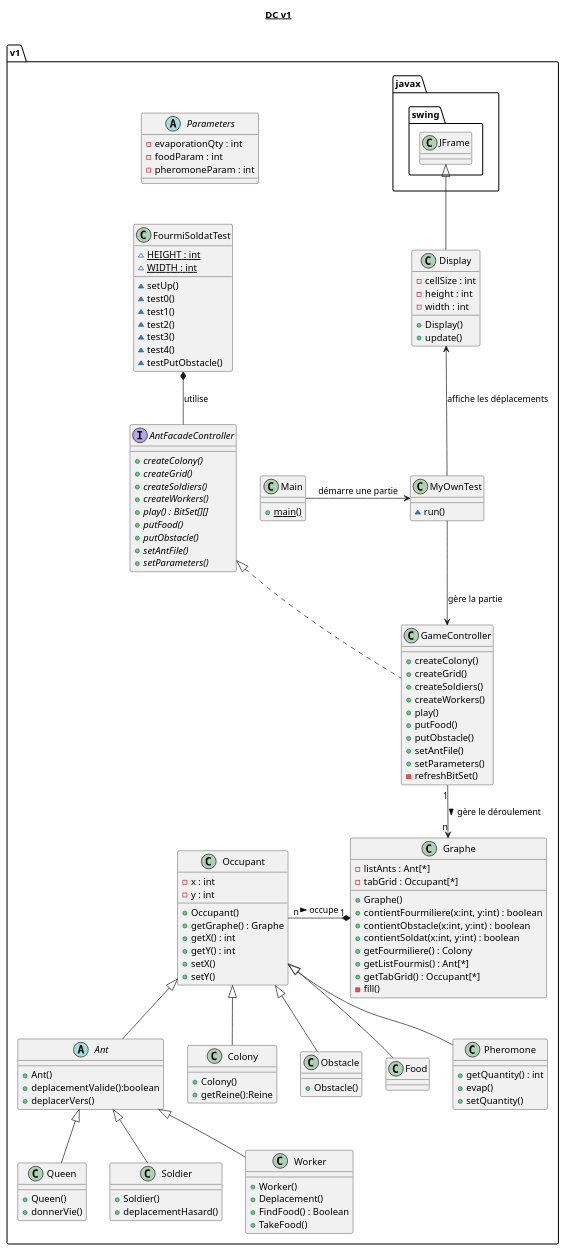
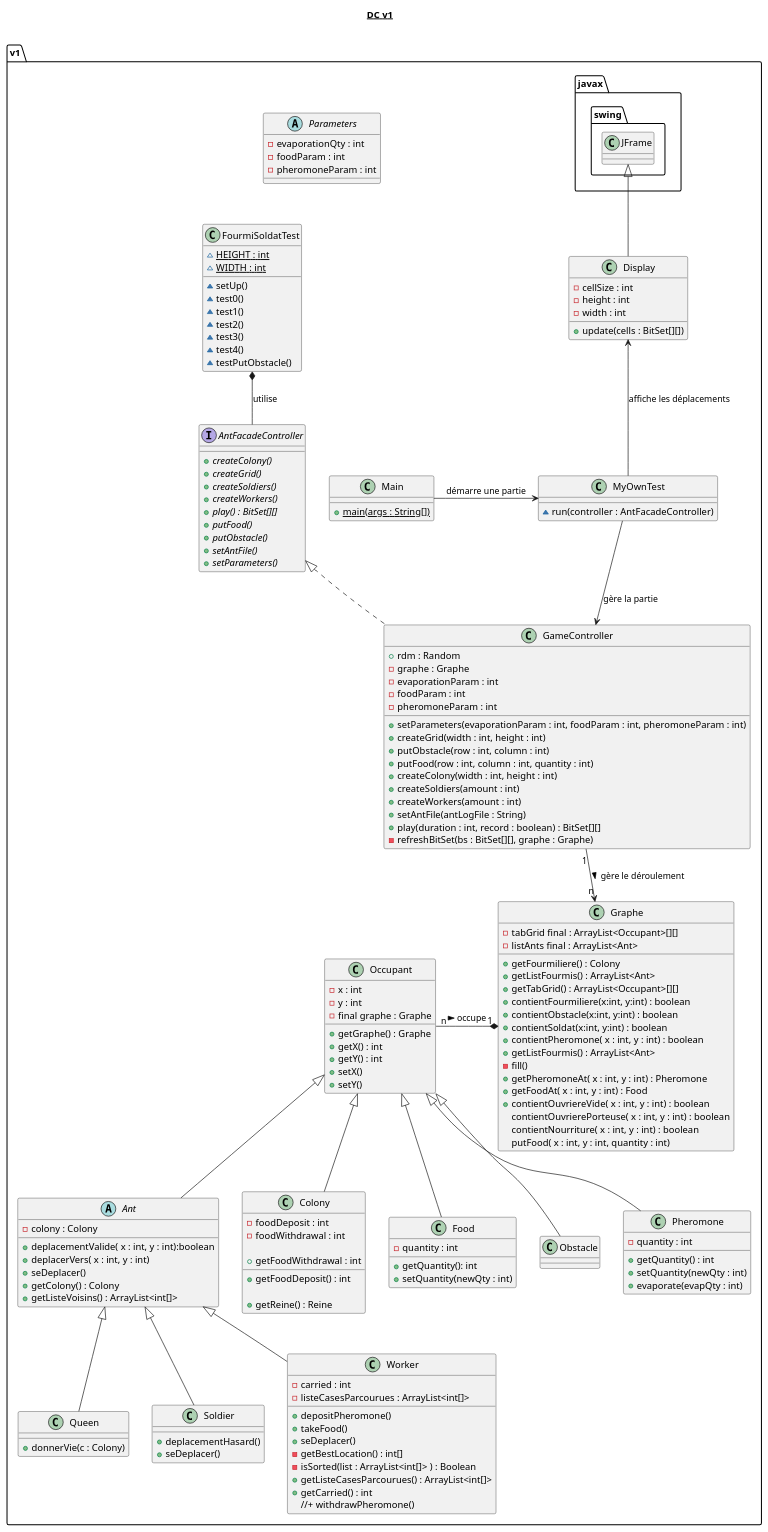
One commit to BaptisteWetterwald/dut-fourmis changed the diagram in src/main/uml/DC_V2.puml. Above: the diagram before and after it, drawn with PlantUML.

```diff
--- a/src/main/uml/DC_V2.puml
+++ b/src/main/uml/DC_V2.puml
@@ -1,156 +1,193 @@
 @startuml
 
 title __DC v1__\n
 
 namespace v1 {
 
     abstract class Ant extends Occupant
     {
-        + Ant()
-        + deplacementValide():boolean
-        + deplacerVers()
+        - colony : Colony
+
+        + deplacementValide( x : int, y : int):boolean
+        + deplacerVers( x : int, y : int)
+        + seDeplacer()
+        + getColony() : Colony
+        + getListeVoisins() : ArrayList<int[]>
+
     }
 
     interface AntFacadeController
     {
         {abstract} + createColony()
         {abstract} + createGrid()
         {abstract} + createSoldiers()
         {abstract} + createWorkers()
         {abstract} + play() : BitSet[][]
         {abstract} + putFood()
         {abstract} + putObstacle()
         {abstract} + setAntFile()
         {abstract} + setParameters()
     }
 
     class Colony extends Occupant
     {
-        + Colony()
-        + getReine():Reine
+        - foodDeposit : int
+        - foodWithdrawal : int
+
+        + getFoodWithdrawal : int
+        + getFoodDeposit() : int
+
+        + getReine() : Reine
     }
 
 
     class Display extends javax.swing.JFrame
     {
         - cellSize : int
         - height : int
         - width : int
-        + Display()
-        + update()
+
+        + update(cells : BitSet[][])
+    }
+
+    class Food extends Occupant
+    {
+        - quantity : int
+
+        + getQuantity(): int
+        + setQuantity(newQty : int)
     }
 
     class FourmiSoldatTest
     {
         {static} ~ HEIGHT : int
         {static} ~ WIDTH : int
         ~ setUp()
         ~ test0()
         ~ test1()
         ~ test2()
         ~ test3()
         ~ test4()
         ~ testPutObstacle()
     }
 
     class GameController implements AntFacadeController
     {
-        + createColony()
-        + createGrid()
-        + createSoldiers()
-        + createWorkers()
-        + play()
-        + putFood()
-        + putObstacle()
-        + setAntFile()
-        + setParameters()
-        - refreshBitSet()
+        + rdm : Random
+        - graphe : Graphe
+        - evaporationParam : int
+        - foodParam : int
+        - pheromoneParam : int
+
+        + setParameters(evaporationParam : int, foodParam : int, pheromoneParam : int)
+        + createGrid(width : int, height : int)
+        + putObstacle(row : int, column : int)
+        + putFood(row : int, column : int, quantity : int)
+        + createColony(width : int, height : int)
+        + createSoldiers(amount : int)
+        + createWorkers(amount : int)
+        + setAntFile(antLogFile : String)
+        + play(duration : int, record : boolean) : BitSet[][]
+        - refreshBitSet(bs : BitSet[][], graphe : Graphe)
     }
 
     class Graphe
     {
-        - listAnts : Ant[*]
-        - tabGrid : Occupant[*]
-        + Graphe()
+        - tabGrid final : ArrayList<Occupant>[][]
+        - listAnts final : ArrayList<Ant>
+
+        + getFourmiliere() : Colony
+        + getListFourmis() : ArrayList<Ant>
+        + getTabGrid() : ArrayList<Occupant>[][]
         + contientFourmiliere(x:int, y:int) : boolean
         + contientObstacle(x:int, y:int) : boolean
         + contientSoldat(x:int, y:int) : boolean
-        + getFourmiliere() : Colony
-        + getListFourmis() : Ant[*]
-        + getTabGrid() : Occupant[*]
+        + contientPheromone( x : int, y : int) : boolean
+        + getListFourmis() : ArrayList<Ant>
         - fill()
+        + getPheromoneAt( x : int, y : int) : Pheromone
+        + getFoodAt( x : int, y : int) : Food
+        + contientOuvriereVide( x : int, y : int) : boolean
+        contientOuvrierePorteuse( x : int, y : int) : boolean
+        contientNourriture( x : int, y : int) : boolean
+        putFood( x : int, y : int, quantity : int)
     }
 
     class Main
     {
-        {static} + main()
+        {static} + main(args : String[])
     }
 
     class MyOwnTest
     {
-        ~ run()
+        ~ run(controller : AntFacadeController)
     }
 
     class Obstacle extends Occupant
     {
-        + Obstacle()
+
     }
 
     class Occupant
     {
         - x : int
         - y : int
-        + Occupant()
+        - final graphe : Graphe
+
         + getGraphe() : Graphe
         + getX() : int
         + getY() : int
         + setX()
         + setY()
     }
 
+    class Pheromone extends Occupant
+    {
+        - quantity : int
+
+        + getQuantity() : int
+        + setQuantity(newQty : int)
+        + evaporate(evapQty : int)
+
+    }
     class Queen extends Ant
     {
-        + Queen()
-        + donnerVie()
+        + donnerVie(c : Colony)
     }
 
     class Soldier extends Ant
     {
-        + Soldier()
         + deplacementHasard()
-    }
-
-    class Food extends Occupant
-    {
-
-    }
-
-    class Pheromone extends Occupant
-    {
-        + getQuantity() : int
-        + evap()
-        + setQuantity()
+        + seDeplacer()
     }
 
     class Worker extends Ant
     {
-        + Worker()
-        + Deplacement()
-        + FindFood() : Boolean
-        + TakeFood()
-    }
+        - carried : int
+        - listeCasesParcourues : ArrayList<int[]>
+
+        + depositPheromone()
+        + takeFood()
+        + seDeplacer()
+        - getBestLocation() : int[]
+        - isSorted(list : ArrayList<int[]> ) : Boolean
+        + getListeCasesParcourues() : ArrayList<int[]>
+        + getCarried() : int
+        //+ withdrawPheromone()
+   }
 
     abstract class Parameters
     {
         - evaporationQty : int
         - foodParam : int
         - pheromoneParam : int
     }
+
     Main -> MyOwnTest : démarre une partie
     MyOwnTest -up-> Display : affiche les déplacements
     MyOwnTest --> GameController : gère la partie
     FourmiSoldatTest *-- AntFacadeController : utilise
     GameController "1" --> "n" Graphe : gère le déroulement >
     Occupant "n" -* "1" Graphe : occupe >
 }
 @enduml
```
